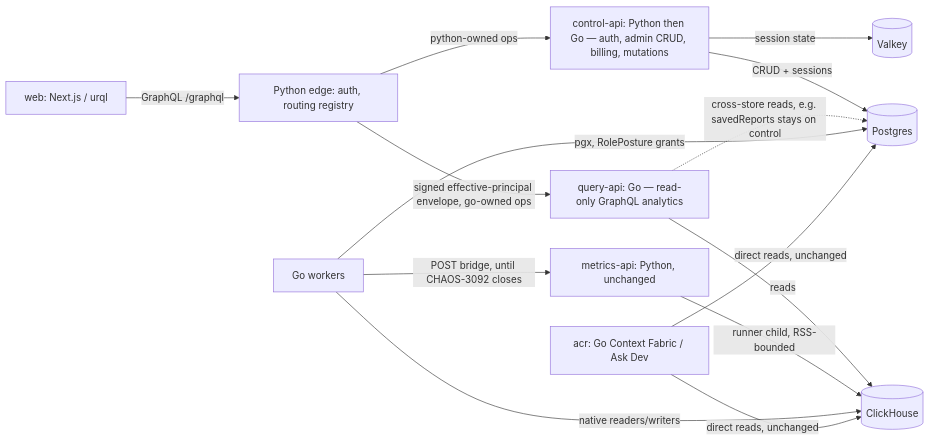
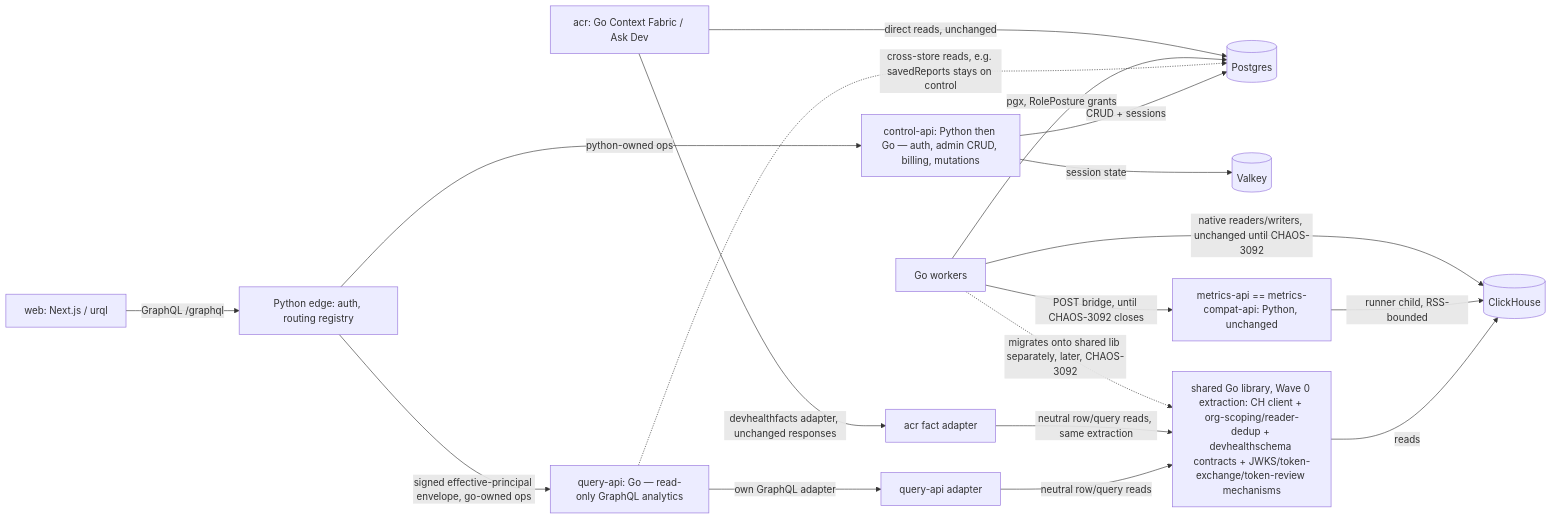
The second of 3 diagrams in .github/docs-legacy/plans/go-api-epic.md (full-chaos/dev-health-ops), drawn with Mermaid before and after one commit. The commit also changed other lines of this file, not shown here.

Commit message:
Amend Go API epic plan: acr as a shared Go library source
Ticket: CHAOS-4352

````diff
--- a/.github/docs-legacy/plans/go-api-epic.md
+++ b/.github/docs-legacy/plans/go-api-epic.md
@@ -126,16 +133,20 @@
 ```mermaid
 flowchart LR
   web[web: Next.js / urql] -->|GraphQL /graphql| edge[Python edge: auth, routing registry]
   edge -->|python-owned ops| control[control-api: Python then Go — auth, admin CRUD, billing, mutations]
   edge -->|signed effective-principal envelope, go-owned ops| query[query-api: Go — read-only GraphQL analytics]
   control -->|CRUD + sessions| pg[(Postgres)]
   control -->|session state| valkey[(Valkey)]
-  query -->|reads| ch[(ClickHouse)]
+  query -->|own GraphQL adapter| queryadapter[query-api adapter]
+  acr[acr: Go Context Fabric / Ask Dev] -->|devhealthfacts adapter, unchanged responses| acradapter[acr fact adapter]
+  queryadapter -->|neutral row/query reads| sharedlib[shared Go library, Wave 0 extraction: CH client + org-scoping/reader-dedup + devhealthschema contracts + JWKS/token-exchange/token-review mechanisms]
+  acradapter -->|neutral row/query reads, same extraction| sharedlib
+  sharedlib -->|reads| ch[(ClickHouse)]
   query -.->|cross-store reads, e.g. savedReports stays on control| pg
-  goworker[Go workers] -->|POST bridge, until CHAOS-3092 closes| metricsapi[metrics-api: Python, unchanged]
+  goworker[Go workers] -->|POST bridge, until CHAOS-3092 closes| metricsapi[metrics-api == metrics-compat-api: Python, unchanged]
   metricsapi -->|runner child, RSS-bounded| ch
   goworker -->|pgx, RolePosture grants| pg
-  goworker -->|native readers/writers| ch
-  acr[acr: Go Context Fabric / Ask Dev] -->|direct reads, unchanged| pg
-  acr -->|direct reads, unchanged| ch
+  goworker -->|native readers/writers, unchanged until CHAOS-3092| ch
+  goworker -.->|migrates onto shared lib separately, later, CHAOS-3092| sharedlib
+  acr -->|direct reads, unchanged| pg
 ```
````
